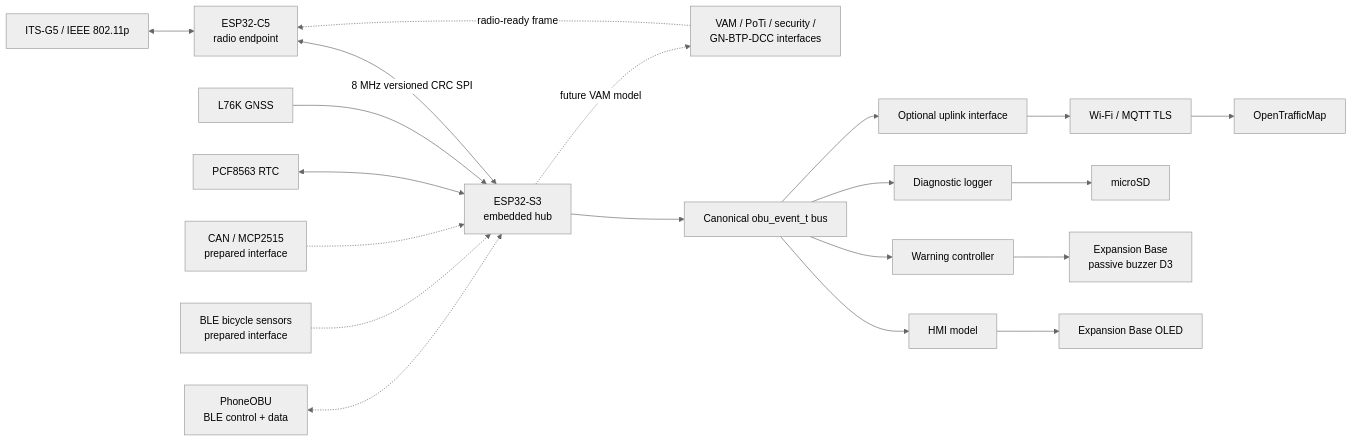
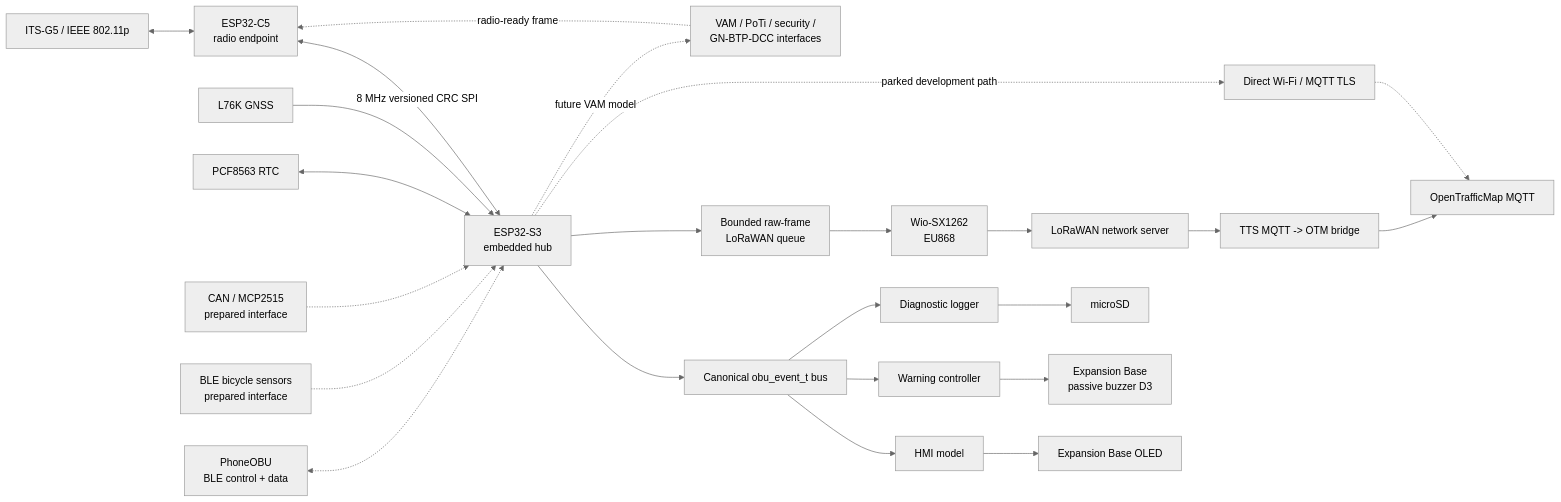
Before and after one commit to niklasdathe/MainboardOBU-prototype: the diagram in README.md, drawn with Mermaid (neutral theme). The commit also changed other lines of this file and 32 other files, not shown here.

First line of the commit message:
Add Wio-SX1262 LoRaWAN OpenTrafficMap uplink

````diff
--- a/README.md
+++ b/README.md
@@ -33,19 +37,27 @@
 ```mermaid
 flowchart LR
     AIR[ITS-G5 / IEEE 802.11p] <--> C5[ESP32-C5\nradio endpoint]
     C5 <--> |8 MHz versioned CRC SPI| S3[ESP32-S3\nembedded hub]
 
     GNSS[L76K GNSS] --> S3
     RTC[PCF8563 RTC] <--> S3
     CAN[CAN / MCP2515\nprepared interface] -.-> S3
     BSENS[BLE bicycle sensors\nprepared interface] -.-> S3
     PHONE[PhoneOBU\nBLE control + data] <-.-> S3
 
     S3 --> BUS[Canonical obu_event_t bus]
     BUS --> HMI[HMI model] --> OLED[Expansion Base OLED]
     BUS --> WARN[Warning controller] --> BUZZER[Expansion Base\npassive buzzer D3]
     BUS --> LOG[Diagnostic logger] --> SD[microSD]
-    BUS --> OTM[Optional uplink interface] --> WIFI[Wi-Fi / MQTT TLS] --> OTMCloud[OpenTrafficMap]
+
+    S3 --> LQ[Bounded raw-frame\nLoRaWAN queue]
+    LQ --> SX[Wio-SX1262\nEU868]
+    SX --> NS[LoRaWAN network server]
+    NS --> BRIDGE[TTS MQTT -> OTM bridge]
+    BRIDGE --> OTMCloud[OpenTrafficMap MQTT]
+
+    S3 -. parked development path .-> WIFI[Direct Wi-Fi / MQTT TLS]
+    WIFI -.-> OTMCloud
 
     S3 -. future VAM model .-> VAM[VAM / PoTi / security /\nGN-BTP-DCC interfaces] -. radio-ready frame .-> C5
 ```
````
